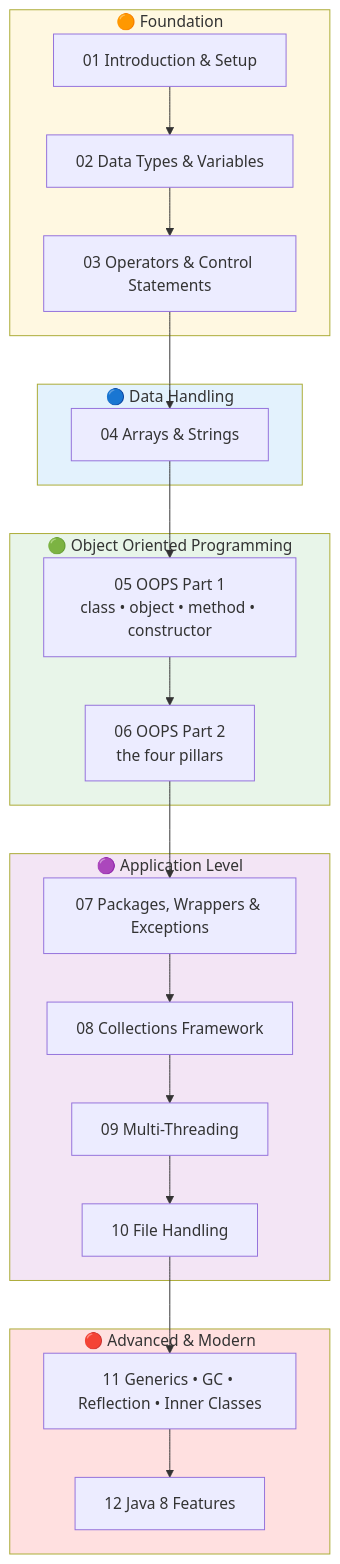
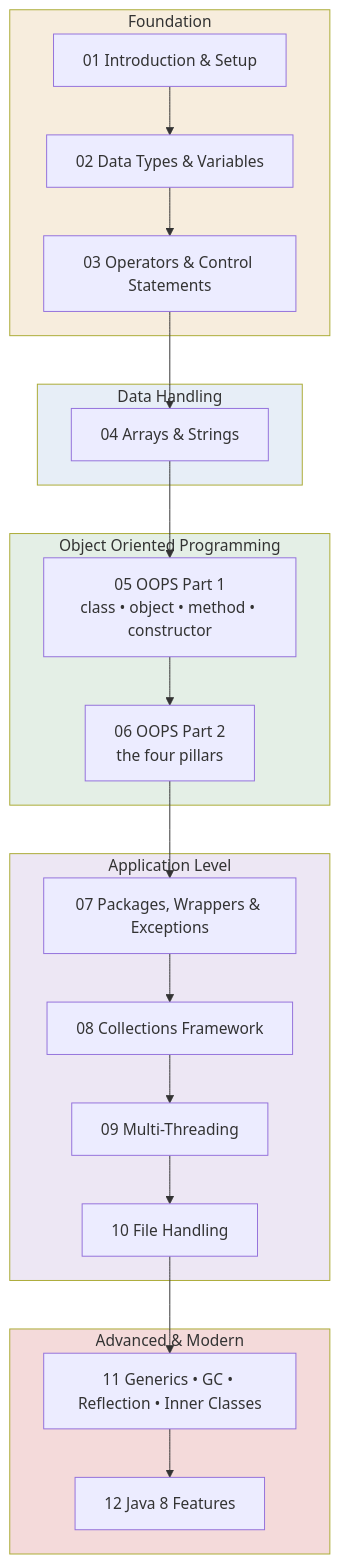
Before and after one commit to kundankumarsharma56/Leaning-Java: the first of 2 diagrams in src/Theory/README.md, drawn with Mermaid. The commit also changed other lines of this file and 84 other files, not shown here.

````diff
--- a/src/Theory/README.md
+++ b/src/Theory/README.md
@@ -41,26 +41,26 @@
 ```mermaid
 flowchart TD
-    subgraph F["🟠 Foundation"]
+    subgraph F["Foundation"]
         C1["01 Introduction & Setup"] --> C2["02 Data Types & Variables"] --> C3["03 Operators & Control Statements"]
     end
-    subgraph D["🔵 Data Handling"]
+    subgraph D["Data Handling"]
         C4["04 Arrays & Strings"]
     end
-    subgraph O["🟢 Object Oriented Programming"]
+    subgraph O["Object Oriented Programming"]
         C5["05 OOPS Part 1<br/>class • object • method • constructor"] --> C6["06 OOPS Part 2<br/>the four pillars"]
     end
-    subgraph A["🟣 Application Level"]
+    subgraph A["Application Level"]
         C7["07 Packages, Wrappers & Exceptions"] --> C8["08 Collections Framework"] --> C9["09 Multi-Threading"] --> C10["10 File Handling"]
     end
-    subgraph AD["🔴 Advanced & Modern"]
+    subgraph AD["Advanced & Modern"]
         C11["11 Generics • GC • Reflection • Inner Classes"] --> C12["12 Java 8 Features"]
     end
     C3 --> C4 --> C5
     C6 --> C7
     C10 --> C11
-    style F fill:#fff8e1
-    style D fill:#e3f2fd
-    style O fill:#e8f5e9
-    style A fill:#f3e5f5
-    style AD fill:#ffe0e0
+    style F fill:#f7eddd
+    style D fill:#e7eef7
+    style O fill:#e4efe6
+    style A fill:#ede7f4
+    style AD fill:#f4dada
 ```
````
